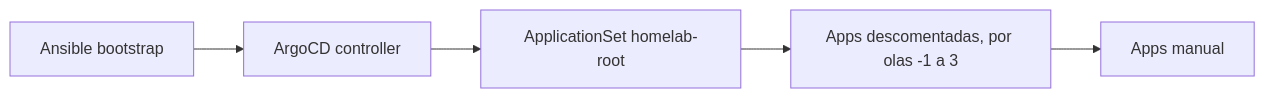
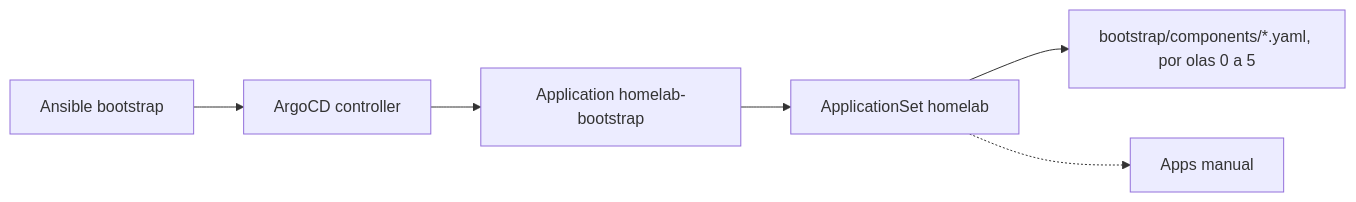
Before and after one commit to maceosoft/homelab: the diagram in docs/gitops/index.md, drawn with Mermaid. The commit also changed other lines of this file and 51 other files, not shown here.

````diff
--- a/docs/gitops/index.md
+++ b/docs/gitops/index.md
@@ -25,7 +25,8 @@
 ```mermaid
 flowchart LR
   A[Ansible bootstrap] --> B[ArgoCD controller]
-  B --> C[ApplicationSet homelab-root]
-  C --> D[Apps descomentadas, por olas -1 a 3]
-  D --> E[Apps manual]
+  B --> H[Application homelab-bootstrap]
+  H --> C[ApplicationSet homelab]
+  C --> D[bootstrap/components/*.yaml, por olas 0 a 5]
+  C -.-> E[Apps manual]
 ```
````
